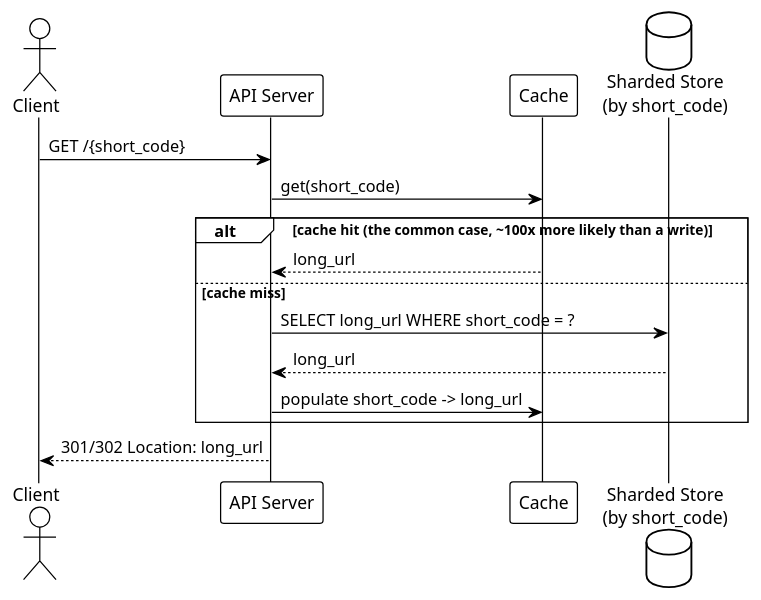
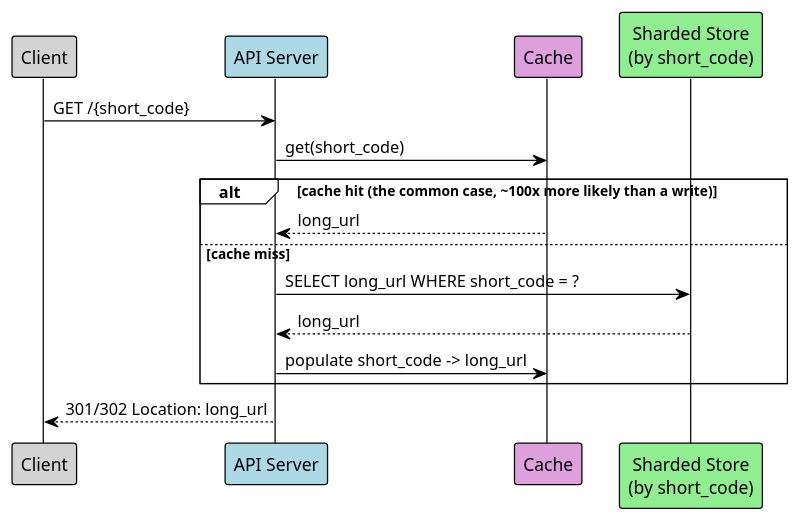
One commit to karthik-dev-82/system-notes changed the second of 2 diagrams in docs/source/url_shortener_interactive.rst. Above: the diagram before and after it, drawn with PlantUML. The commit also changed other lines of this file, not shown here.

First line of the commit message:
Give both URL shortener sequence diagrams a colored box per component

```diff
--- a/docs/source/url_shortener_interactive.rst
+++ b/docs/source/url_shortener_interactive.rst
@@ -354,19 +354,19 @@
 .. uml::
 
    !theme plain
    skinparam backgroundColor white
-   actor Client
-   participant "API Server" as API
-   participant Cache
-   database "Sharded Store\n(by short_code)" as DB
+   participant Client #LightGray
+   participant "API Server" as API #LightBlue
+   participant Cache #Plum
+   participant "Sharded Store\n(by short_code)" as DB #LightGreen
 
    Client -> API: GET /{short_code}
    API -> Cache: get(short_code)
    alt cache hit (the common case, ~100x more likely than a write)
      Cache --> API: long_url
    else cache miss
      API -> DB: SELECT long_url WHERE short_code = ?
      DB --> API: long_url
      API -> Cache: populate short_code -> long_url
    end
    API --> Client: 301/302 Location: long_url
```
